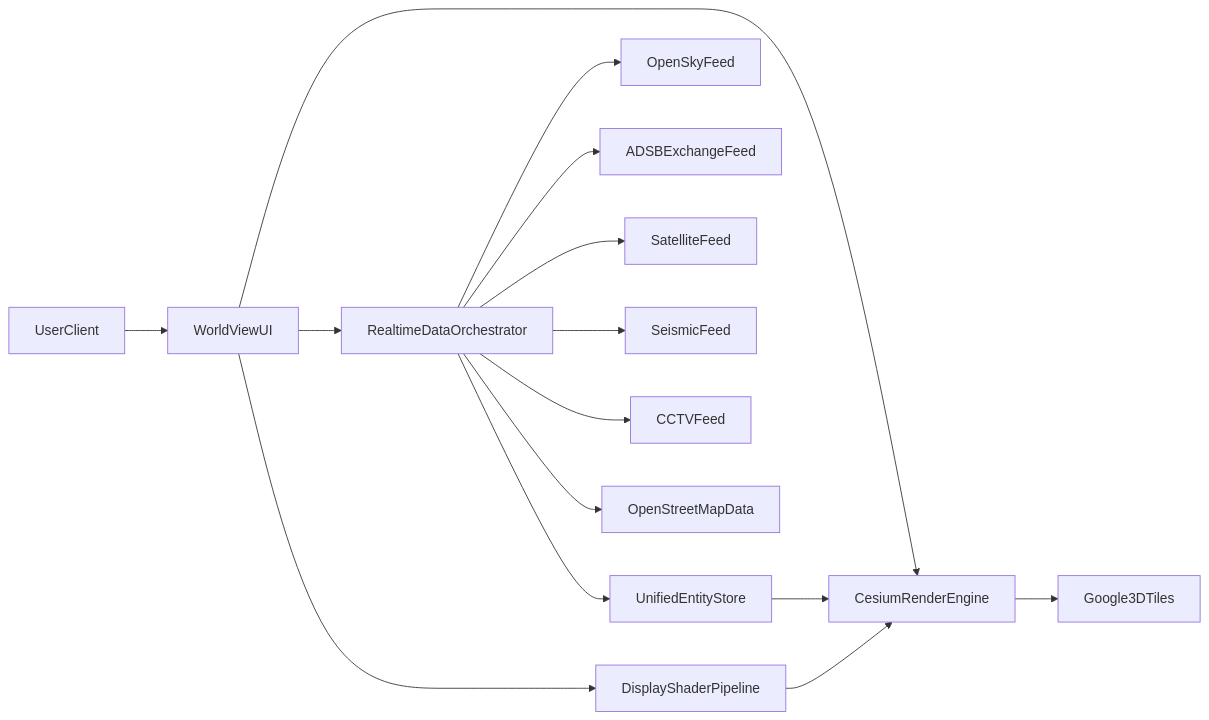
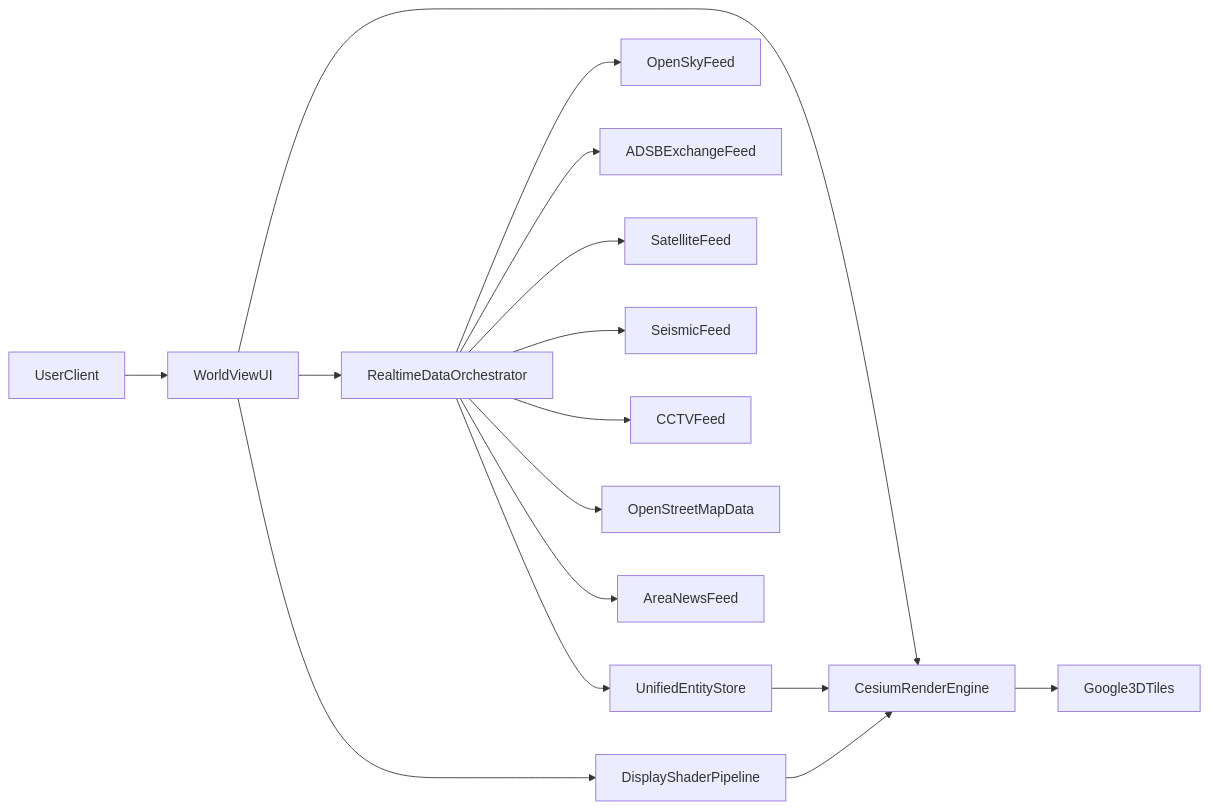
Before and after one commit to MohtashamMurshid/worldview: the diagram in PRD-worldview.md, drawn with Mermaid. The commit also changed other lines of this file and 1 other file, not shown here.

First line of the commit message:
Add real-time area-based news overlays to WorldView PRD

````diff
--- a/PRD-worldview.md
+++ b/PRD-worldview.md
@@ -232,21 +256,22 @@
 ```mermaid
 flowchart LR
   userClient[UserClient] --> uiApp[WorldViewUI]
   uiApp --> renderEngine[CesiumRenderEngine]
   renderEngine --> googleTiles[Google3DTiles]
 
   uiApp --> dataOrchestrator[RealtimeDataOrchestrator]
 
   dataOrchestrator --> openSkyFeed[OpenSkyFeed]
   dataOrchestrator --> adsbFeed[ADSBExchangeFeed]
   dataOrchestrator --> satelliteFeed[SatelliteFeed]
   dataOrchestrator --> seismicFeed[SeismicFeed]
   dataOrchestrator --> cctvFeed[CCTVFeed]
   dataOrchestrator --> osmFeed[OpenStreetMapData]
+  dataOrchestrator --> newsFeed[AreaNewsFeed]
 
   dataOrchestrator --> unifiedStore[UnifiedEntityStore]
   unifiedStore --> renderEngine
 
   uiApp --> shaderPipeline[DisplayShaderPipeline]
   shaderPipeline --> renderEngine
 ```
````
